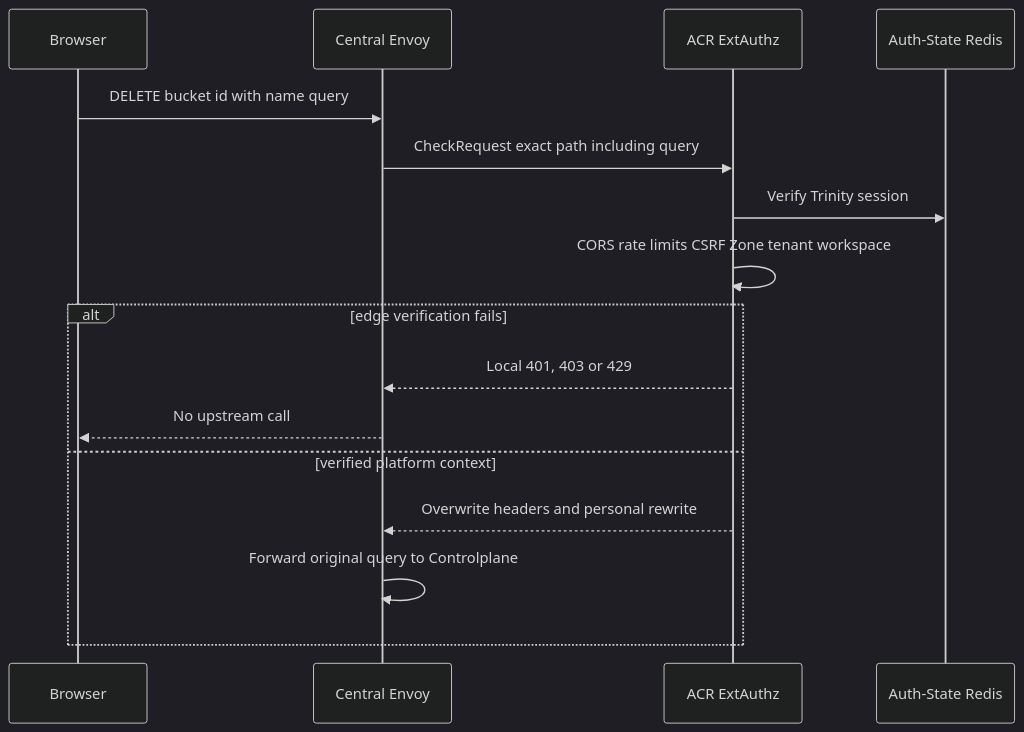
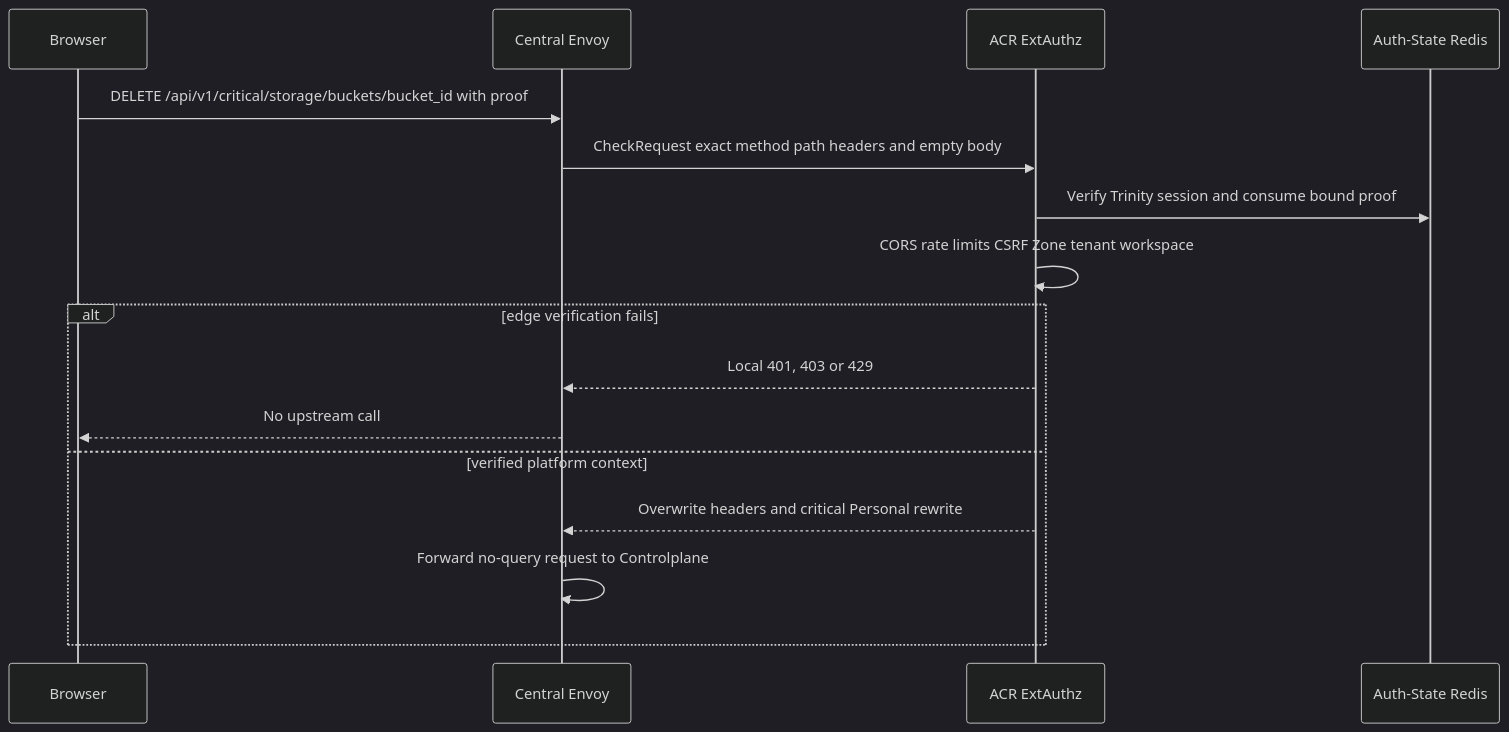
Before and after one commit to phucle996/aurora: the first of 6 diagrams in god_view/storage/personal_bucket_delete_god_view_workflow.md, drawn with Mermaid (dark theme). The commit also changed other lines of this file and 94 other files, not shown here.

````diff
--- a/god_view/storage/personal_bucket_delete_god_view_workflow.md
+++ b/god_view/storage/personal_bucket_delete_god_view_workflow.md
@@ -70,19 +74,19 @@
 ```mermaid
 sequenceDiagram
     participant B as Browser
     participant E as Central Envoy
     participant A as ACR ExtAuthz
     participant AR as Auth-State Redis
 
-    B->>E: DELETE bucket id with name query
-    E->>A: CheckRequest exact path including query
-    A->>AR: Verify Trinity session
+    B->>E: DELETE /api/v1/critical/storage/buckets/bucket_id with proof
+    E->>A: CheckRequest exact method path headers and empty body
+    A->>AR: Verify Trinity session and consume bound proof
     A->>A: CORS rate limits CSRF Zone tenant workspace
     alt edge verification fails
         A-->>E: Local 401, 403 or 429
         E-->>B: No upstream call
     else verified platform context
-        A-->>E: Overwrite headers and personal rewrite
-        E->>E: Forward original query to Controlplane
+        A-->>E: Overwrite headers and critical Personal rewrite
+        E->>E: Forward no-query request to Controlplane
     end
 ```
````
